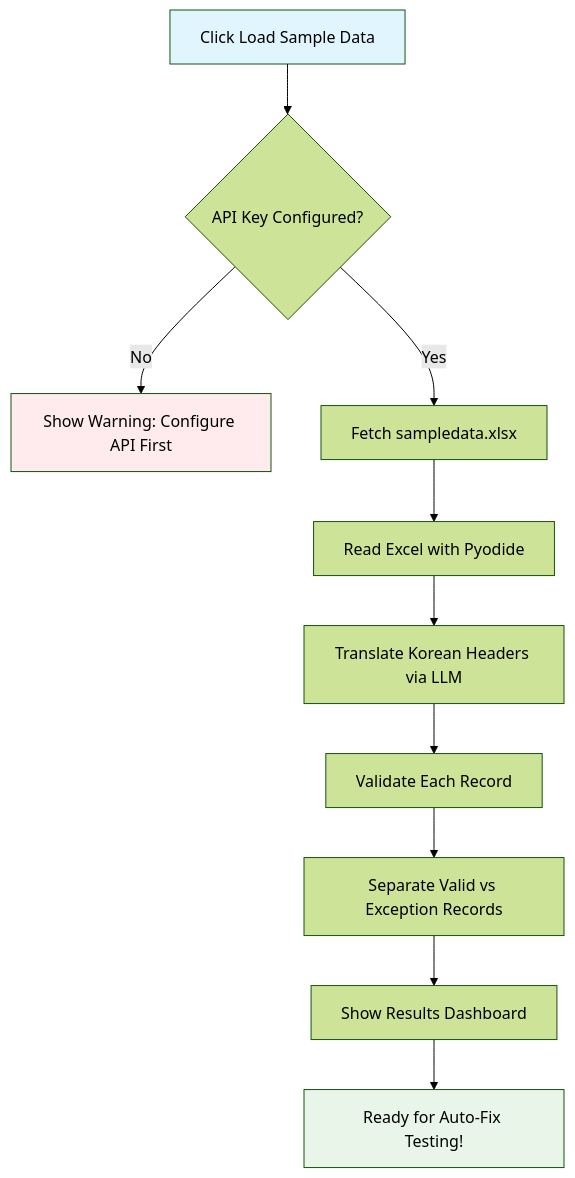
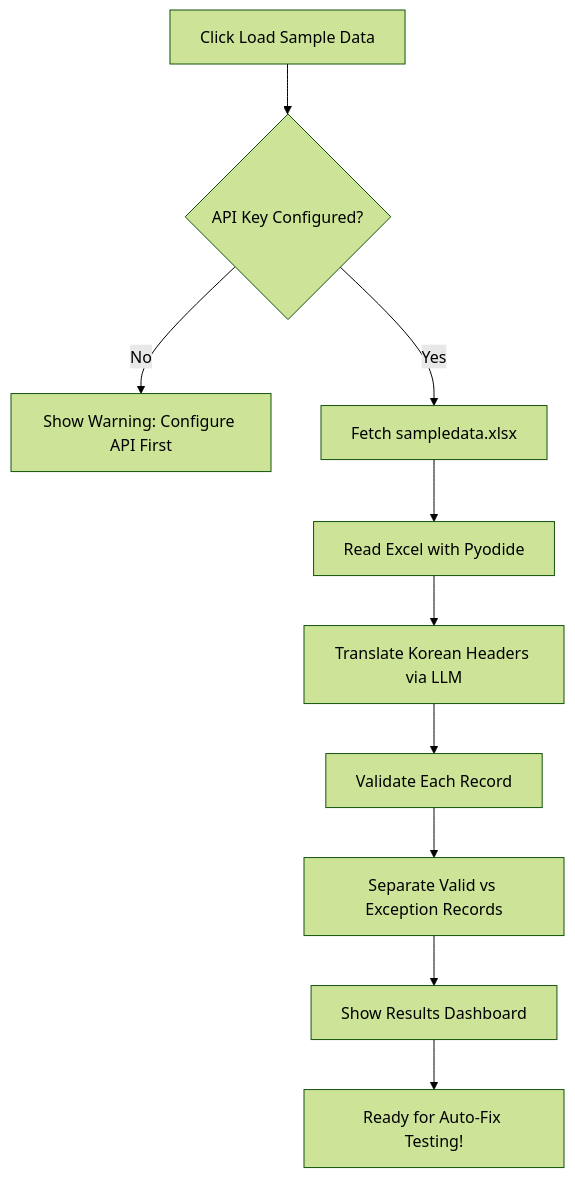
Before and after one commit to prudhvi1709/salesunify: the diagram in README.md, drawn with Mermaid (forest theme).

Commit message:
DOC: Remove colors for nodes

````diff
--- a/README.md
+++ b/README.md
@@ -113,16 +113,12 @@
 ```mermaid
 flowchart TD
     A["Click Load Sample Data"] --> B{"API Key Configured?"}
     B -->|No| C["Show Warning: Configure API First"]
     B -->|Yes| D["Fetch sampledata.xlsx"]
     D --> E["Read Excel with Pyodide"]
     E --> F["Translate Korean Headers via LLM"]
     F --> G["Validate Each Record"]
     G --> H["Separate Valid vs Exception Records"]
     H --> I["Show Results Dashboard"]
     I --> J["Ready for Auto-Fix Testing!"]
-    
-    style A fill:#e1f5fe
-    style J fill:#e8f5e8
-    style C fill:#ffebee
 ```
````
